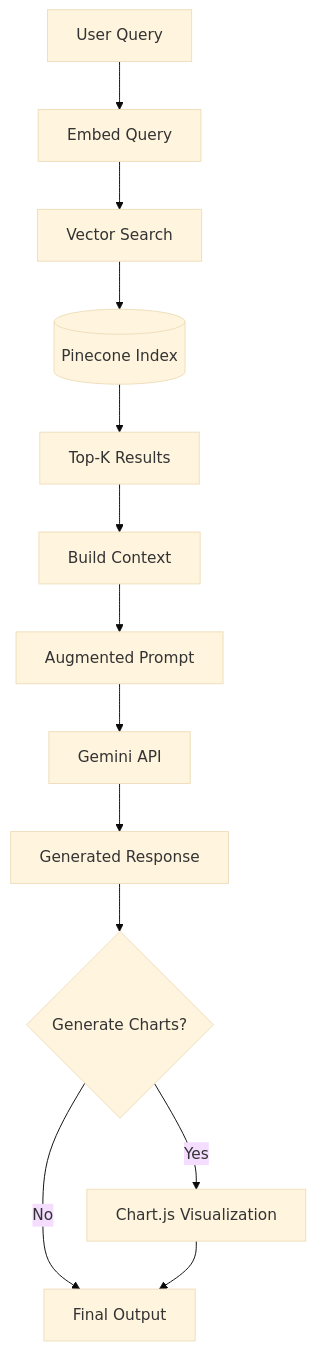
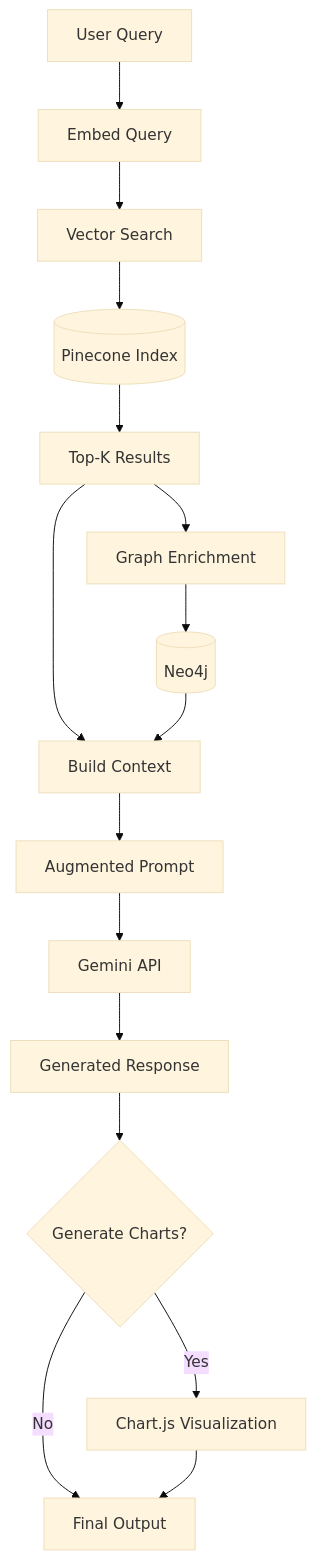
Before and after one commit to sisterai/estate-assistant-system: the seventh of 30 diagrams in ARCHITECTURE.md, drawn with Mermaid (base theme). The commit also changed other lines of this file and 40 other files, not shown here.

````diff
--- a/ARCHITECTURE.md
+++ b/ARCHITECTURE.md
@@ -315,15 +317,18 @@
 ```mermaid
 flowchart TD
   Query[User Query] --> Embed[Embed Query]
   Embed --> Search[Vector Search]
   Search --> Pinecone[(Pinecone Index)]
   Pinecone --> TopK[Top-K Results]
   TopK --> Context[Build Context]
+  TopK --> Graph[Graph Enrichment]
+  Graph --> Neo4j[(Neo4j)]
+  Neo4j --> Context
   Context --> Prompt[Augmented Prompt]
   Prompt --> LLM[Gemini API]
   LLM --> Response[Generated Response]
   Response --> Charts{Generate Charts?}
   Charts -->|Yes| Viz[Chart.js Visualization]
   Charts -->|No| Final[Final Output]
   Viz --> Final
 ```
````
